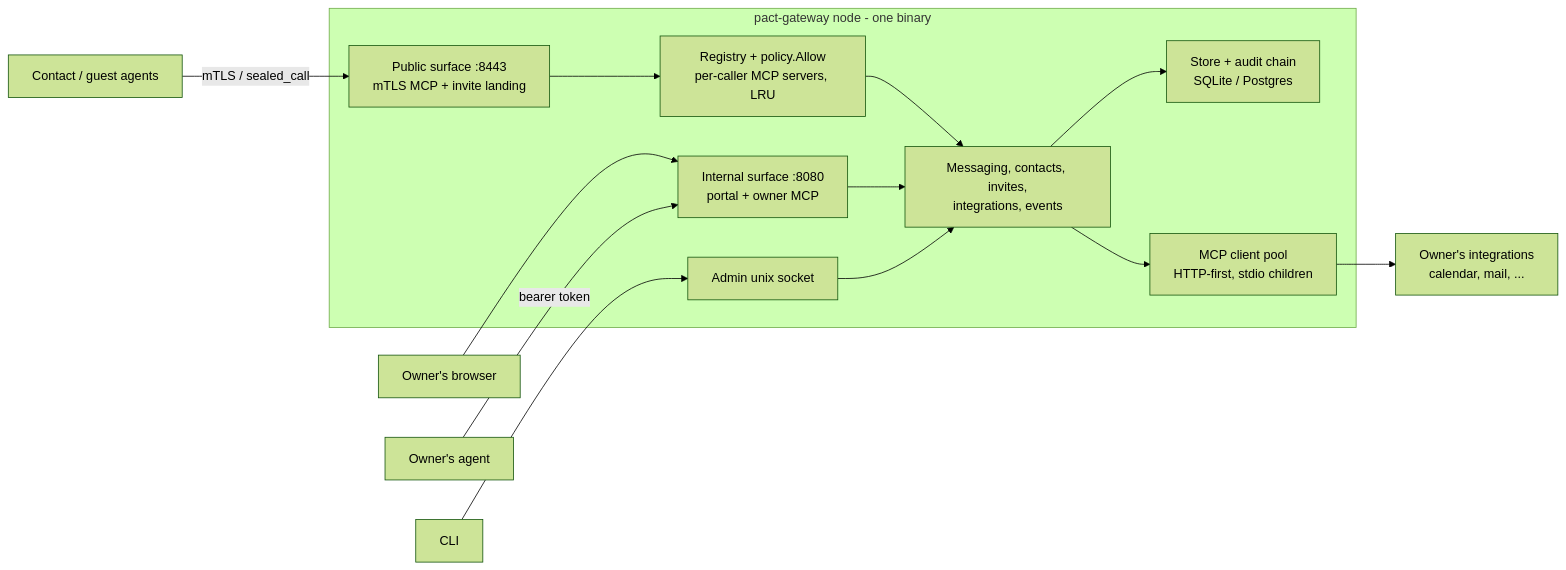
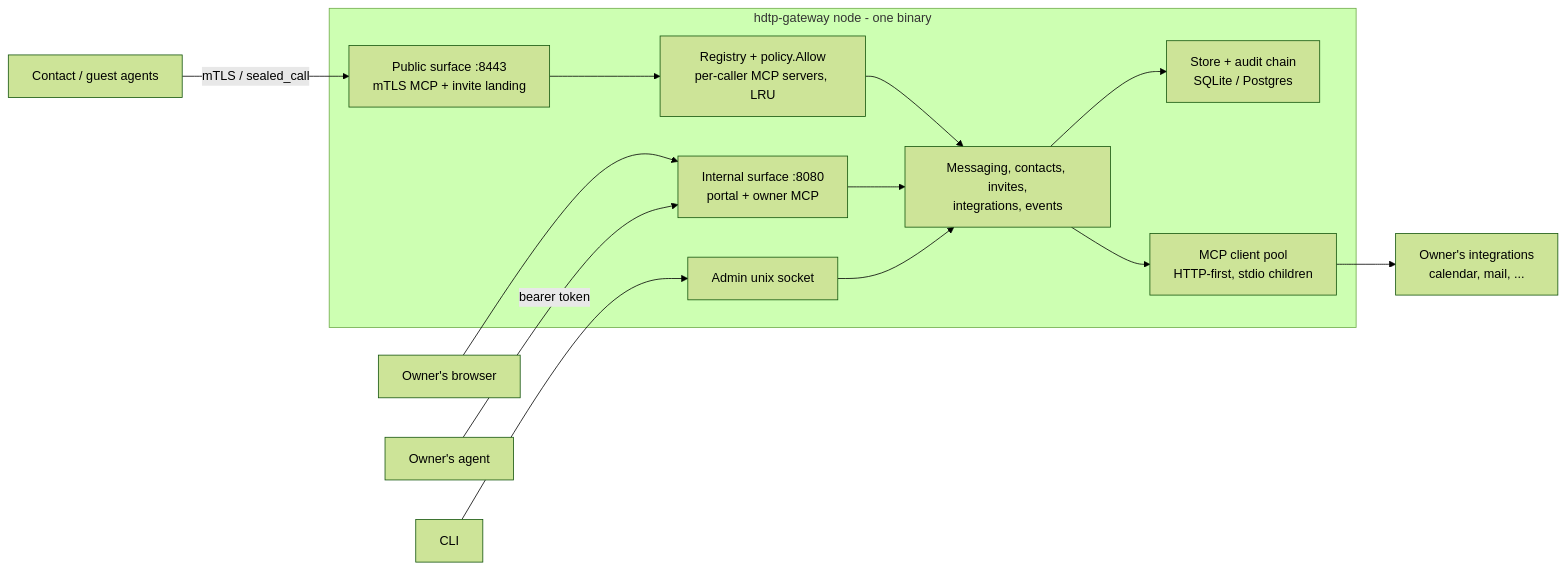
Before and after one commit to humandelegatedtrustprotocol/hdtp-gateway: the first of 8 diagrams in SPEC.md, drawn with Mermaid (forest theme). The commit also changed other lines of this file and 617 other files, not shown here.

````diff
--- a/SPEC.md
+++ b/SPEC.md
@@ -52,28 +52,28 @@
 ```mermaid
 flowchart LR
     CA["Contact / guest agents"]
     OB["Owner's browser"]
     OA["Owner's agent"]
     CL["CLI"]
     UP["Owner's integrations<br/>calendar, mail, ..."]
-    subgraph GW["pact-gateway node - one binary"]
+    subgraph GW["hdtp-gateway node - one binary"]
         PUB["Public surface :8443<br/>mTLS MCP + invite landing"]
         REG["Registry + policy.Allow<br/>per-caller MCP servers, LRU"]
         CORE["Messaging, contacts, invites,<br/>integrations, events"]
         INT["Internal surface :8080<br/>portal + owner MCP"]
         ADM["Admin unix socket"]
         ST["Store + audit chain<br/>SQLite / Postgres"]
         UPC["MCP client pool<br/>HTTP-first, stdio children"]
     end
     CA -->|"mTLS / sealed_call"| PUB
     PUB --> REG
     REG --> CORE
     OB --> INT
     OA -->|"bearer token"| INT
     INT --> CORE
     CL --> ADM
     ADM --> CORE
     CORE --> ST
     CORE --> UPC
     UPC --> UP
 ```
````
